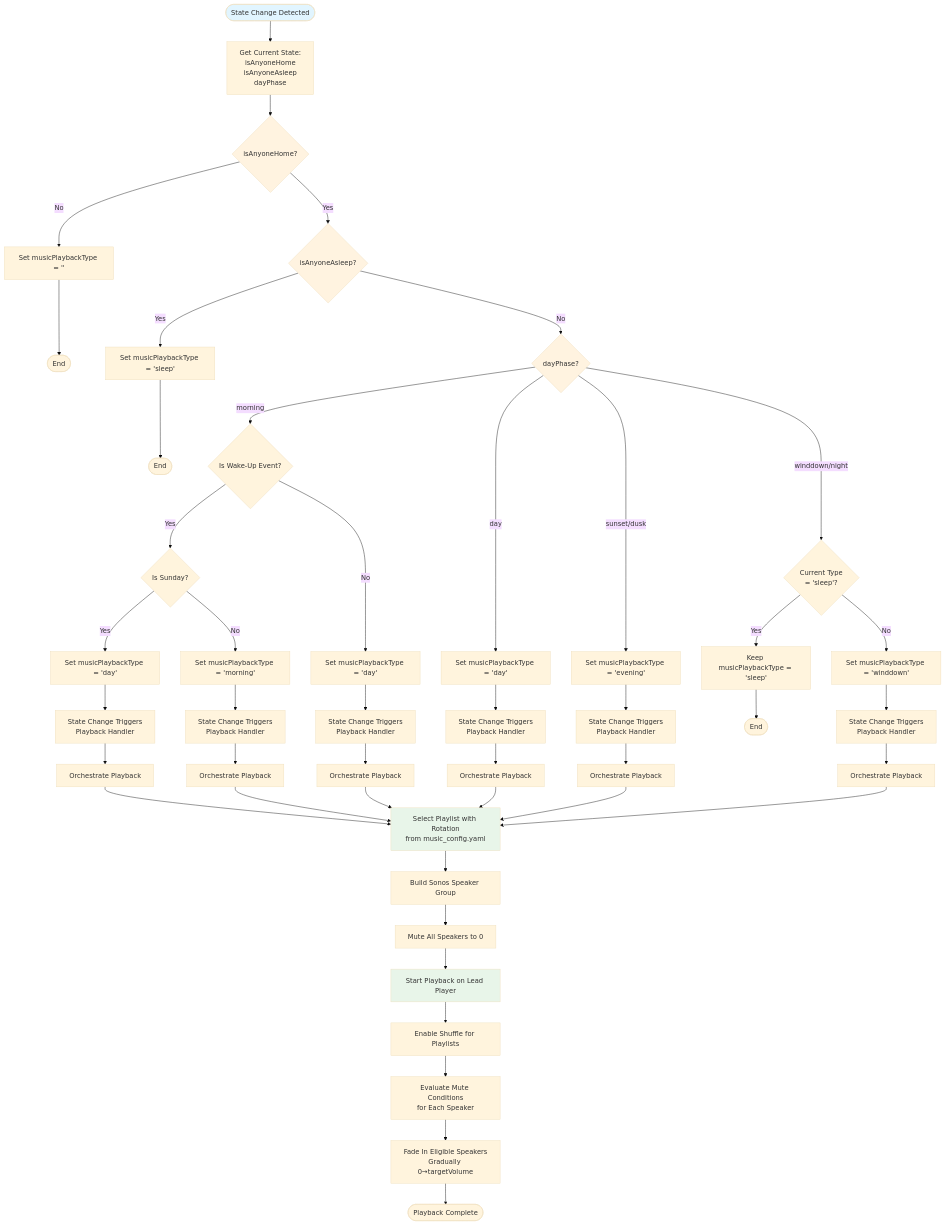
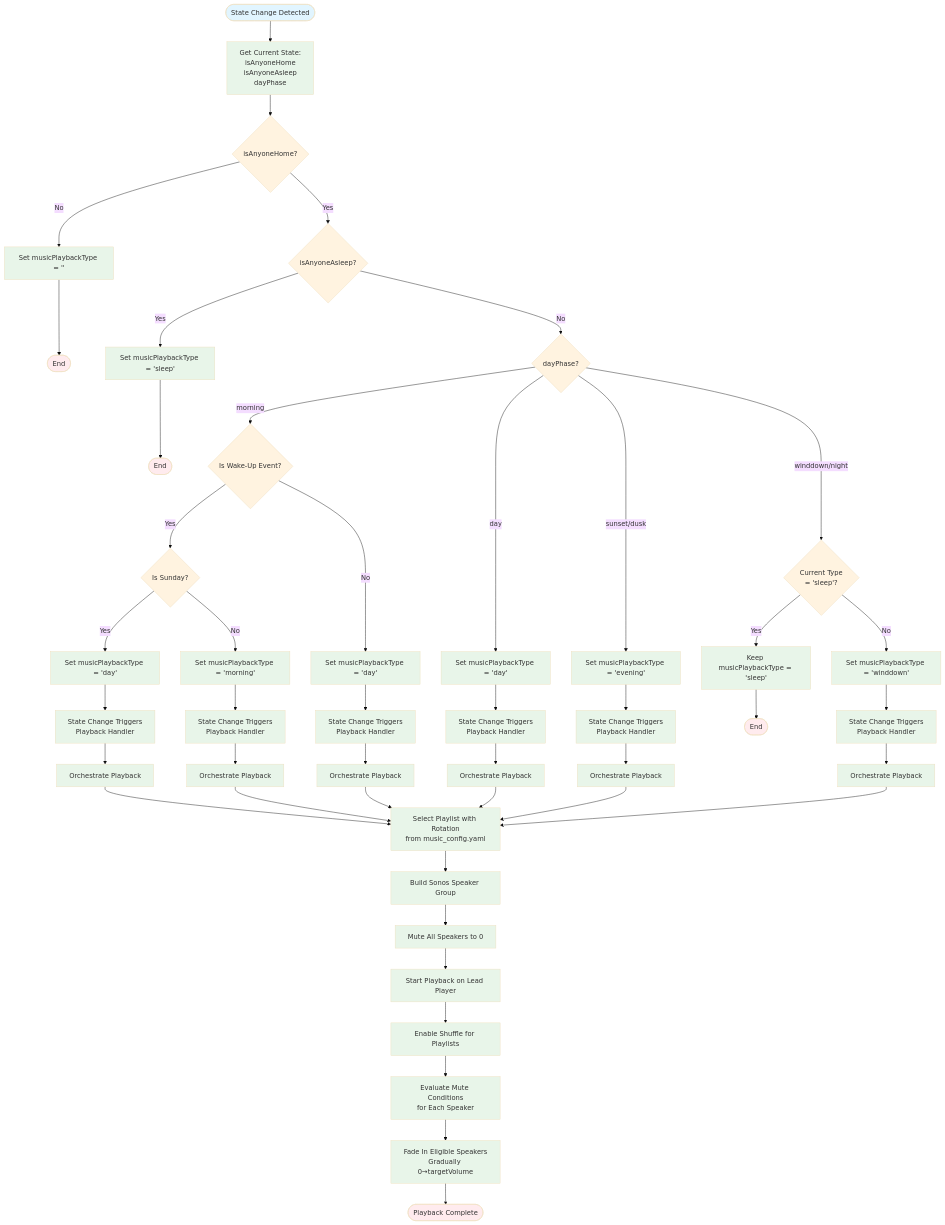
One commit to NickBorgersOnLowSecurityNode/home-automation changed the fourth of 7 diagrams in docs/architecture/VISUAL_ARCHITECTURE.md. Above: the diagram before and after it, drawn with Mermaid (base theme). The commit also changed other lines of this file, not shown here.

First line of the commit message:
Apply complete, consistent color styling to all diagrams

````diff
--- a/docs/architecture/VISUAL_ARCHITECTURE.md
+++ b/docs/architecture/VISUAL_ARCHITECTURE.md
@@ -270,9 +296,43 @@
     FadeIn --> Complete([Playback Complete])
 
     style Start fill:#e1f5ff
+    style GetState fill:#e8f5e9
     style CheckHome fill:#fff3e0
+    style StopMusic fill:#e8f5e9
     style CheckAsleep fill:#fff3e0
+    style SetSleep fill:#e8f5e9
     style CheckDayPhase fill:#fff3e0
+    style CheckWakeUp fill:#fff3e0
+    style CheckSunday fill:#fff3e0
+    style SetDay1 fill:#e8f5e9
+    style SetMorning fill:#e8f5e9
+    style SetDay2 fill:#e8f5e9
+    style SetDay3 fill:#e8f5e9
+    style SetEvening fill:#e8f5e9
+    style CheckCurrentSleep fill:#fff3e0
+    style KeepSleep fill:#e8f5e9
+    style SetWinddown fill:#e8f5e9
+    style End1 fill:#ffebee
+    style End2 fill:#ffebee
+    style End3 fill:#ffebee
+    style TriggerPlayback1 fill:#e8f5e9
+    style TriggerPlayback2 fill:#e8f5e9
+    style TriggerPlayback3 fill:#e8f5e9
+    style TriggerPlayback4 fill:#e8f5e9
+    style TriggerPlayback5 fill:#e8f5e9
+    style TriggerPlayback6 fill:#e8f5e9
+    style Orchestrate1 fill:#e8f5e9
+    style Orchestrate2 fill:#e8f5e9
+    style Orchestrate3 fill:#e8f5e9
+    style Orchestrate4 fill:#e8f5e9
+    style Orchestrate5 fill:#e8f5e9
+    style Orchestrate6 fill:#e8f5e9
     style SelectPlaylist fill:#e8f5e9
+    style BuildGroup fill:#e8f5e9
+    style MuteAll fill:#e8f5e9
     style StartPlayback fill:#e8f5e9
+    style EnableShuffle fill:#e8f5e9
+    style EvalConditions fill:#e8f5e9
+    style FadeIn fill:#e8f5e9
+    style Complete fill:#ffebee
 ```
````
